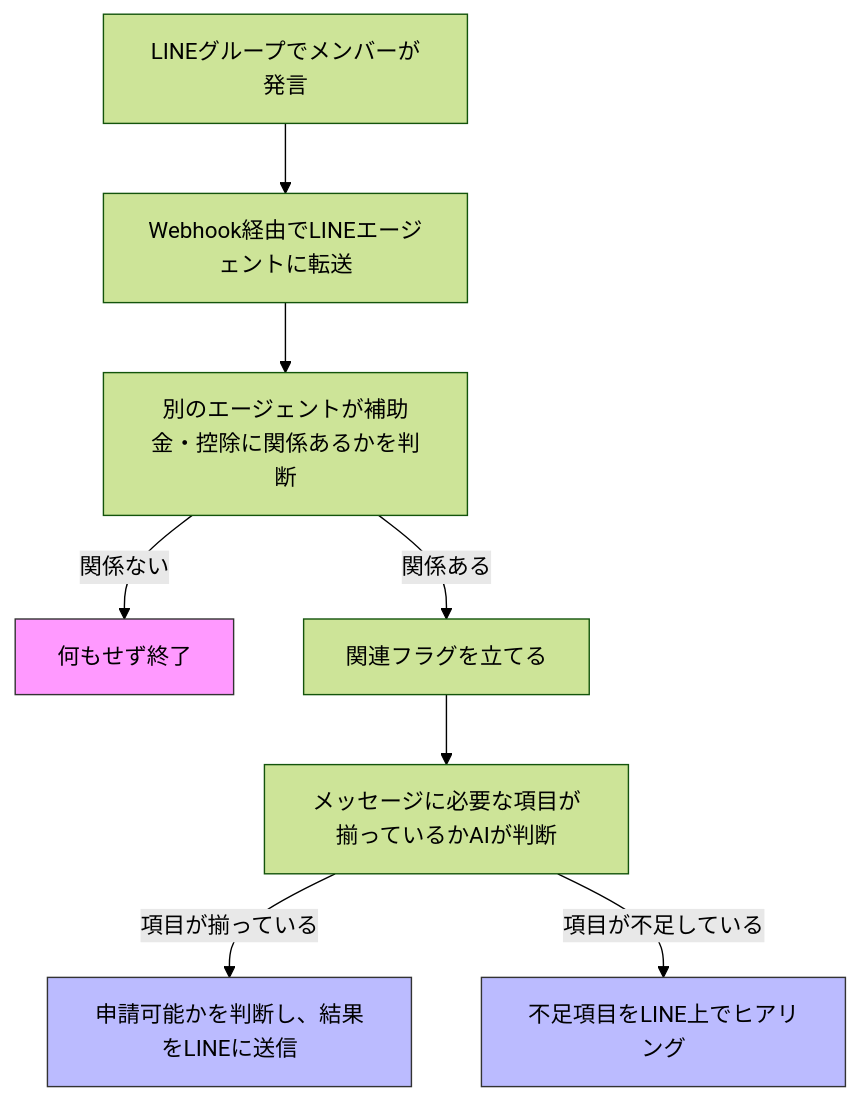
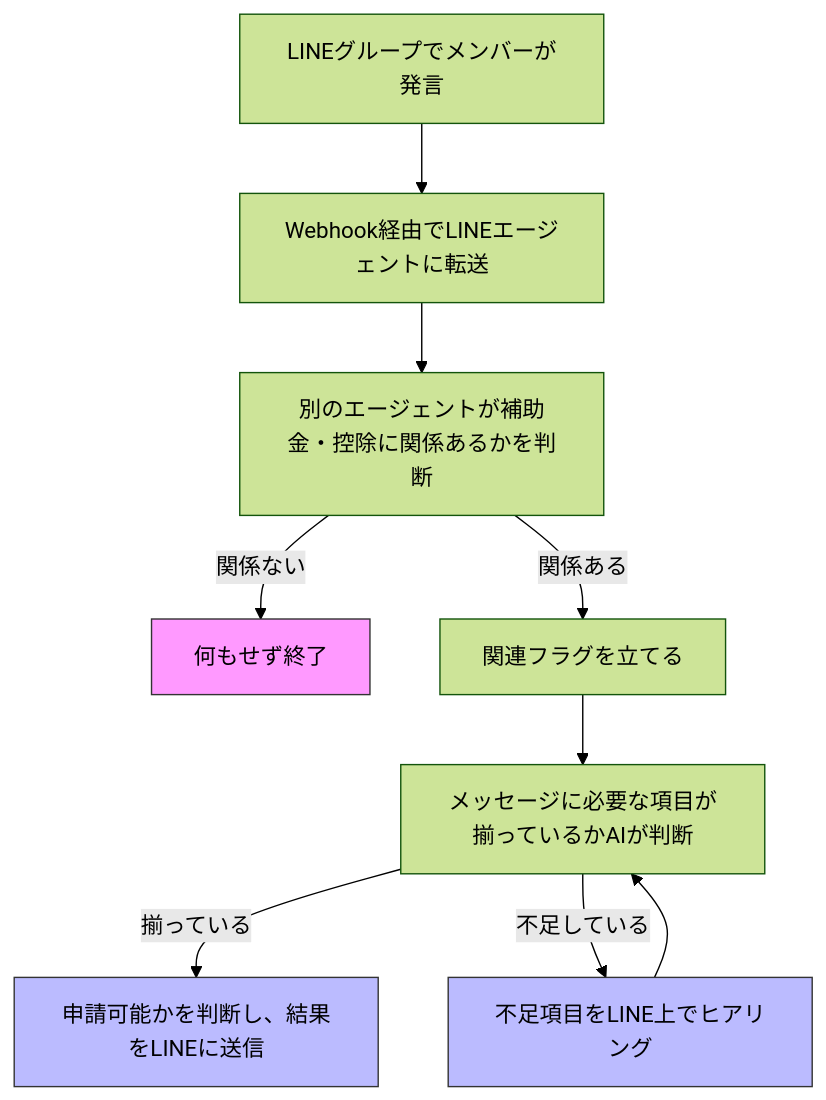
Before and after one commit to hitotori365/2025-zenn-hackathon2: the first of 2 diagrams in README.md, drawn with Mermaid (forest theme). The commit also changed other lines of this file, not shown here.

````diff
--- a/README.md
+++ b/README.md
@@ -3,17 +4,19 @@
 ```mermaid
 graph TD;
     A[LINEグループでメンバーが発言] --> B[Webhook経由でLINEエージェントに転送]
     B --> C[別のエージェントが補助金・控除に関係あるかを判断]
     
     C -- 関係ない --> D[何もせず終了]
 
     C -- 関係ある --> E[関連フラグを立てる]
     E --> F[メッセージに必要な項目が揃っているかAIが判断]
     
-    F -- 項目が揃っている --> G[申請可能かを判断し、結果をLINEに送信]
-    F -- 項目が不足している --> H[不足項目をLINE上でヒアリング]
+    F -- 揃っている --> G[申請可能かを判断し、結果をLINEに送信]
+    F -- 不足している --> H[不足項目をLINE上でヒアリング]
+    H --> F
 
     style D fill:#f9f,stroke:#333,stroke-width:1px
     style G fill:#bbf,stroke:#333,stroke-width:1px
     style H fill:#bbf,stroke:#333,stroke-width:1px
+
 ```
````
